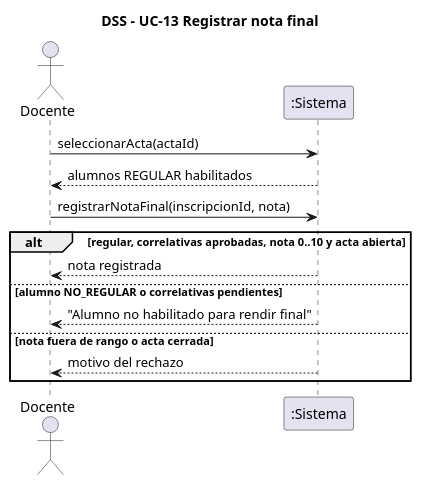
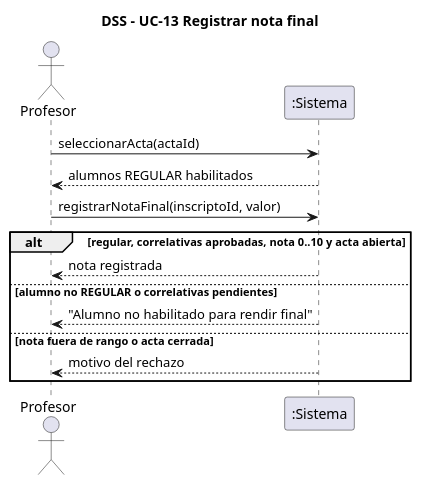
One commit to ISMAELALTHENOFER/BACKOFFICE-ACADEMICO-ITEC-N-1 changed the diagram in document/diagramas/18-dss-registrar-nota-final.puml. Above: the diagram before and after it, drawn with PlantUML. The commit also changed 41 other files, not shown here.

```diff
--- a/document/diagramas/18-dss-registrar-nota-final.puml
+++ b/document/diagramas/18-dss-registrar-nota-final.puml
@@ -1,16 +1,16 @@
 @startuml dss-registrar-nota-final
 skinparam shadowing false
 title DSS - UC-13 Registrar nota final
-actor "Docente" as U
+actor "Profesor" as U
 participant ":Sistema" as S
 U -> S : seleccionarActa(actaId)
 S --> U : alumnos REGULAR habilitados
-U -> S : registrarNotaFinal(inscripcionId, nota)
+U -> S : registrarNotaFinal(inscriptoId, valor)
 alt regular, correlativas aprobadas, nota 0..10 y acta abierta
   S --> U : nota registrada
-else alumno NO_REGULAR o correlativas pendientes
+else alumno no REGULAR o correlativas pendientes
   S --> U : "Alumno no habilitado para rendir final"
 else nota fuera de rango o acta cerrada
   S --> U : motivo del rechazo
 end
 @enduml
```
